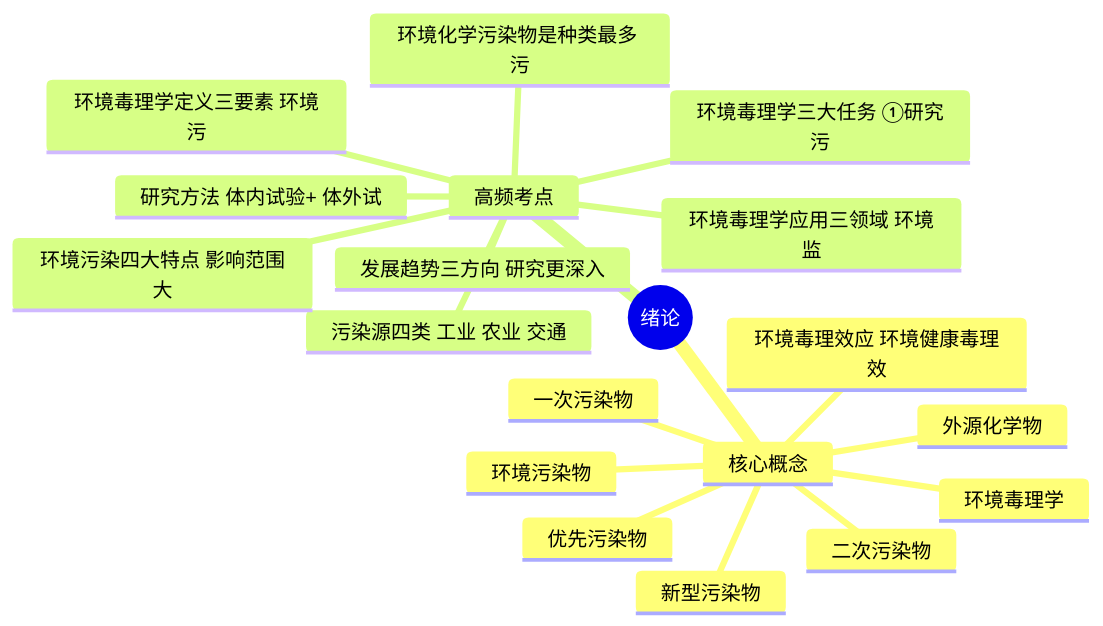
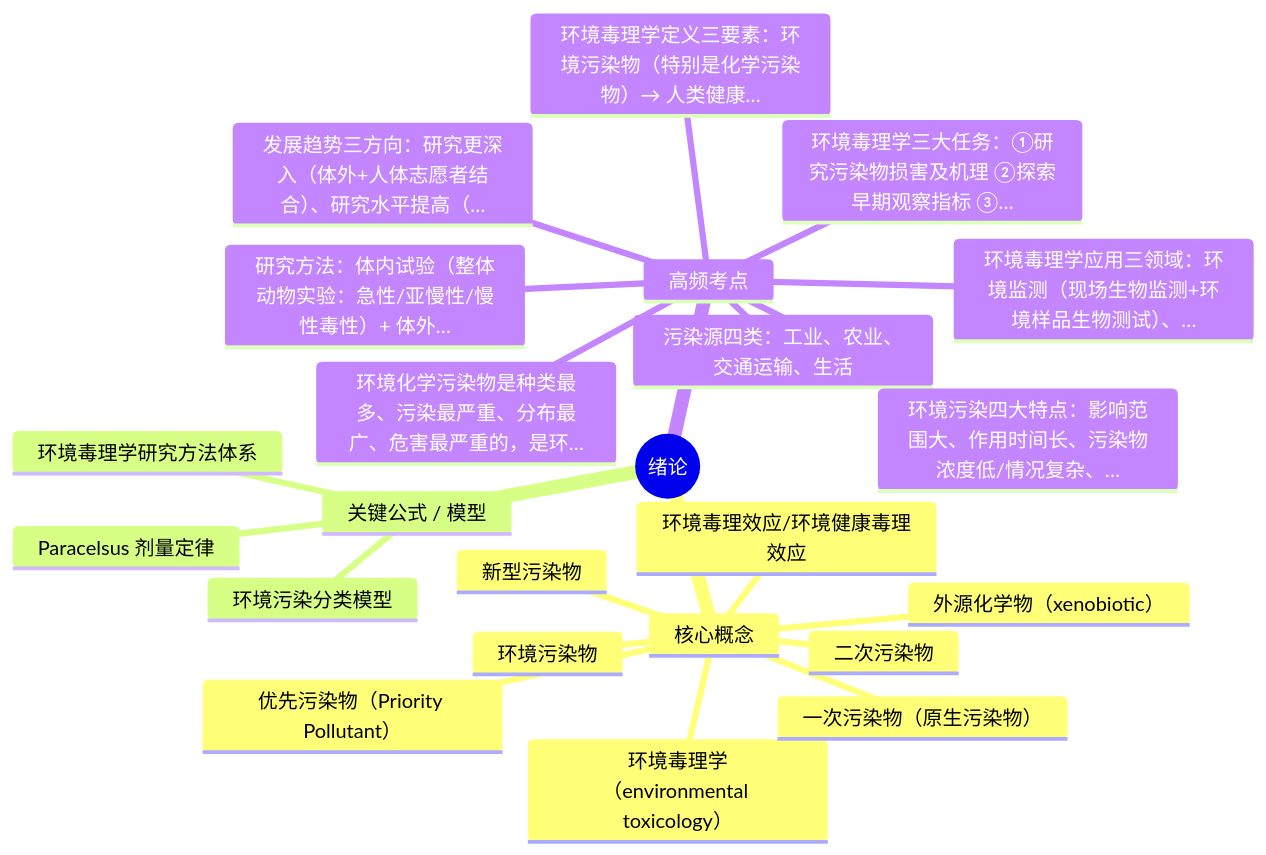
One commit to dao-genesis/xuexi-fuxi changed the diagram in 环境毒理学/03_解析成果/_素材/_第01章_绪论.md. Above: the diagram before and after it, drawn with Mermaid. The commit also changed other lines of this file and 47 other files, not shown here.

````diff
--- a/环境毒理学/03_解析成果/_素材/_第01章_绪论.md
+++ b/环境毒理学/03_解析成果/_素材/_第01章_绪论.md
@@ -636,22 +640,26 @@
 ```mermaid
 mindmap
   root((绪论))
     核心概念
-      环境毒理学
+      环境毒理学（environmental toxicology）
       环境污染物
-      一次污染物
+      一次污染物（原生污染物）
       二次污染物
-      优先污染物
-      外源化学物
+      优先污染物（Priority Pollutant）
+      外源化学物（xenobiotic）
       新型污染物
-      环境毒理效应 环境健康毒理效
+      环境毒理效应/环境健康毒理效应
+    关键公式 / 模型
+      Paracelsus 剂量定律
+      环境污染分类模型
+      环境毒理学研究方法体系
     高频考点
-      环境毒理学定义三要素 环境污
-      环境化学污染物是种类最多 污
-      污染源四类 工业 农业 交通
-      环境污染四大特点 影响范围大
-      环境毒理学三大任务 ①研究污
-      研究方法 体内试验+ 体外试
-      环境毒理学应用三领域 环境监
-      发展趋势三方向 研究更深入
+      环境毒理学定义三要素：环境污染物（特别是化学污染物）→ 人类健康…
+      环境化学污染物是种类最多、污染最严重、分布最广、危害最严重的，是环…
+      污染源四类：工业、农业、交通运输、生活
+      环境污染四大特点：影响范围大、作用时间长、污染物浓度低/情况复杂、…
+      环境毒理学三大任务：①研究污染物损害及机理 ②探索早期观察指标 ③…
+      研究方法：体内试验（整体动物实验：急性/亚慢性/慢性毒性）+ 体外…
+      环境毒理学应用三领域：环境监测（现场生物监测+环境样品生物测试）、…
+      发展趋势三方向：研究更深入（体外+人体志愿者结合）、研究水平提高（…
 ```
````
